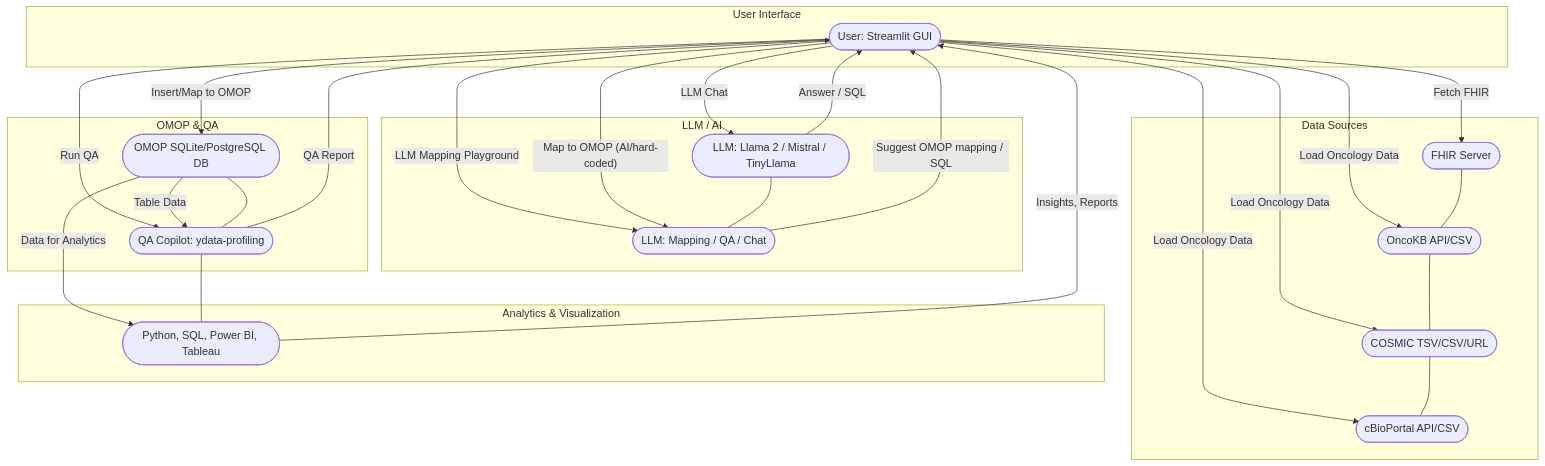
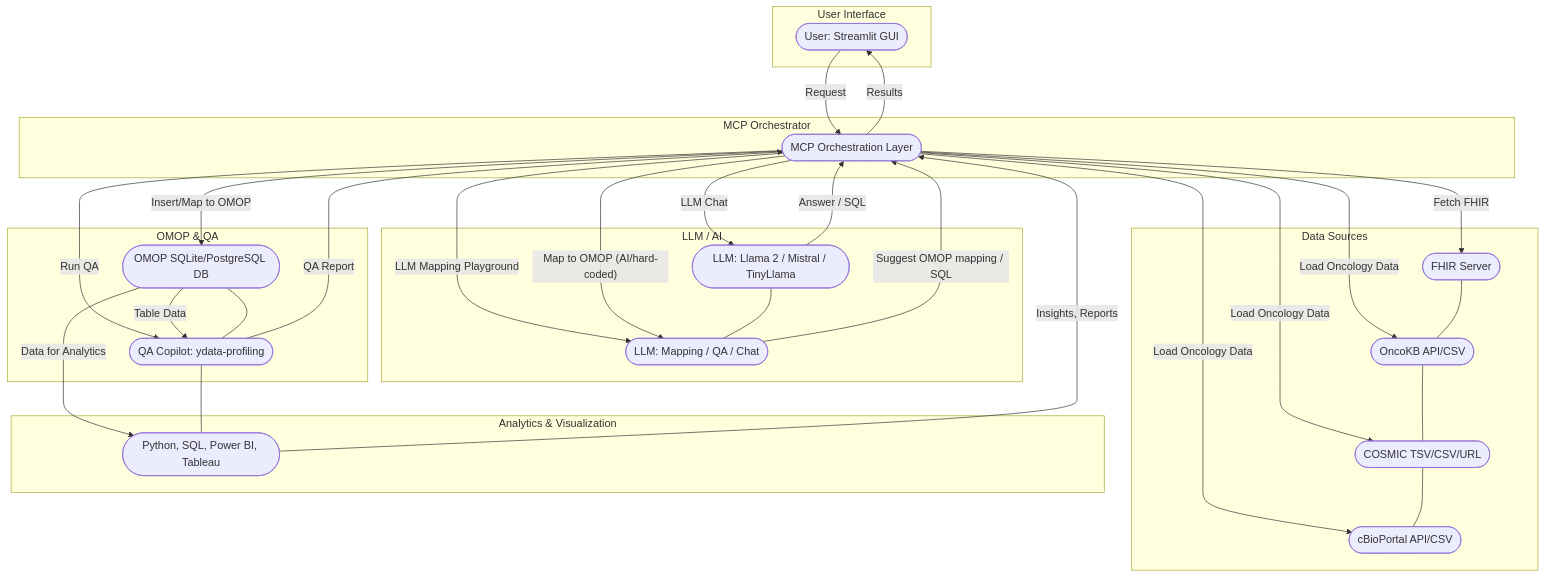
One commit to justin-mbca/fhir_omop_agent changed the second of 2 diagrams in README.md. Above: the diagram before and after it, drawn with Mermaid. The commit also changed other lines of this file and 7 other files, not shown here.

Commit message:
Bugfixes: robust FHIR→OMOP mapping, config-driven paths, datatype handling, doc updates

````diff
--- a/README.md
+++ b/README.md
@@ -80,59 +119,67 @@
 ```mermaid
 flowchart TD
    %% User Interaction
    subgraph USER[User Interface]
       U1([User: Streamlit GUI])
+   end
+
+   %% MCP Orchestration
+   subgraph MCP[MCP Orchestrator]
+      MCP1([MCP Orchestration Layer])
    end
 
    %% Data Sources
    subgraph SOURCES[Data Sources]
       FHIR1([FHIR Server])
       ONCOKB([OncoKB API/CSV])
       COSMIC([COSMIC TSV/CSV/URL])
       CBIO([cBioPortal API/CSV])
    end
 
    %% LLM/AI
    subgraph AI[LLM / AI]
       LLM1([LLM: Llama 2 / Mistral / TinyLlama])
       LLM2([LLM: Mapping / QA / Chat])
    end
 
    %% OMOP/DB
    subgraph OMOP[OMOP & QA]
       OMOP1([OMOP SQLite/PostgreSQL DB])
       QA([QA Copilot: ydata-profiling])
    end
 
    %% Analytics
    subgraph ANALYTICS[Analytics & Visualization]
       ANALYTICS1([Python, SQL, Power BI, Tableau])
    end
 
-   %% Data Flow
-   U1 -- "Fetch FHIR" --> FHIR1
-   U1 -- "Load Oncology Data" --> ONCOKB
-   U1 -- "Load Oncology Data" --> COSMIC
-   U1 -- "Load Oncology Data" --> CBIO
+   %% Data Flow via MCP
+   U1 -- "Request" --> MCP1
+   MCP1 -- "Fetch FHIR" --> FHIR1
+   MCP1 -- "Load Oncology Data" --> ONCOKB
+   MCP1 -- "Load Oncology Data" --> COSMIC
+   MCP1 -- "Load Oncology Data" --> CBIO
 
-   U1 -- "LLM Chat" --> LLM1
-   U1 -- "LLM Mapping Playground" --> LLM2
-   U1 -- "Map to OMOP (AI/hard-coded)" --> LLM2
+   MCP1 -- "LLM Chat" --> LLM1
+   MCP1 -- "LLM Mapping Playground" --> LLM2
+   MCP1 -- "Map to OMOP (AI/hard-coded)" --> LLM2
 
-   LLM2 -- "Suggest OMOP mapping / SQL" --> U1
-   LLM1 -- "Answer / SQL" --> U1
+   LLM2 -- "Suggest OMOP mapping / SQL" --> MCP1
+   LLM1 -- "Answer / SQL" --> MCP1
 
-   U1 -- "Insert/Map to OMOP" --> OMOP1
-   U1 -- "Run QA" --> QA
+   MCP1 -- "Insert/Map to OMOP" --> OMOP1
+   MCP1 -- "Run QA" --> QA
 
    OMOP1 -- "Table Data" --> QA
-   QA -- "QA Report" --> U1
+   QA -- "QA Report" --> MCP1
 
    OMOP1 -- "Data for Analytics" --> ANALYTICS1
-   ANALYTICS1 -- "Insights, Reports" --> U1
+   ANALYTICS1 -- "Insights, Reports" --> MCP1
+
+   MCP1 -- "Results" --> U1
 
    %% Layout hints for more spread
    FHIR1 --- ONCOKB --- COSMIC --- CBIO
    LLM1 --- LLM2
    OMOP1 --- QA --- ANALYTICS1
 ```
````
